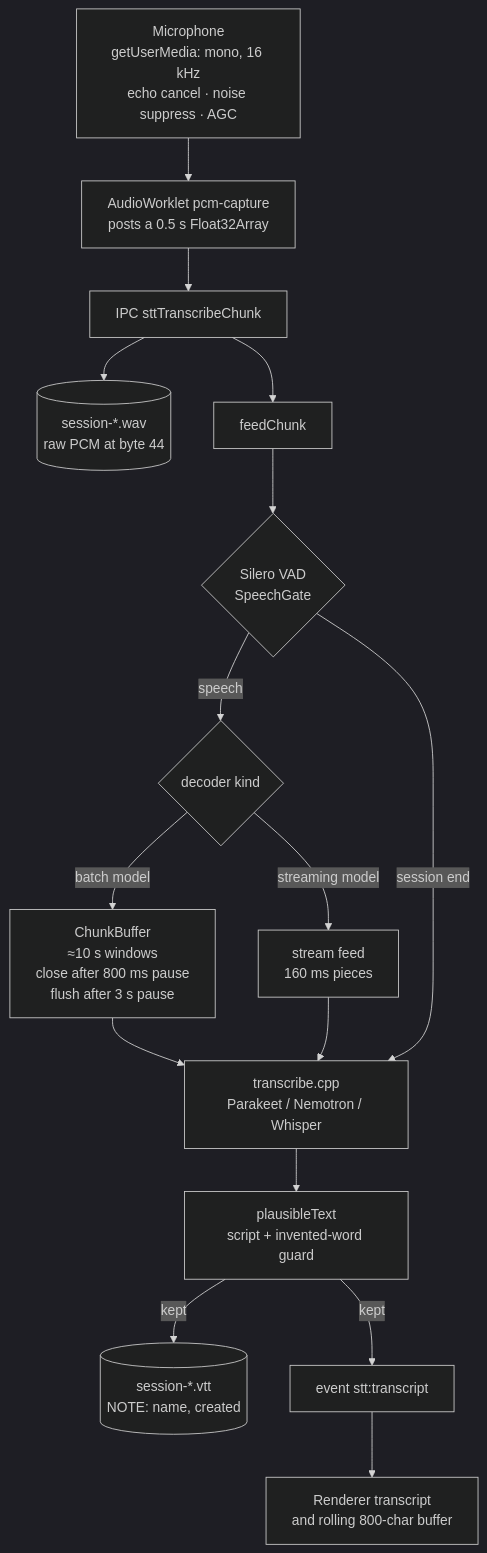
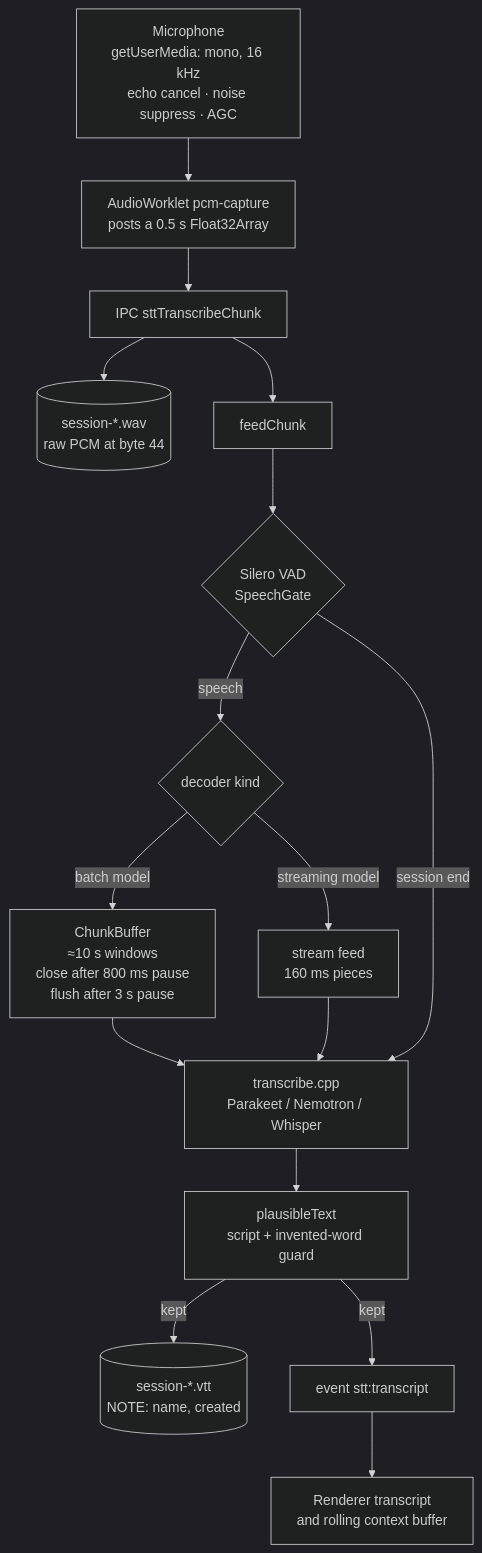
Before and after one commit to CodeAndJam/doty: the second of 7 diagrams in docs/ARCHITECTURE.md, drawn with Mermaid (dark theme). The commit also changed other lines of this file and 65 other files, not shown here.

````diff
--- a/docs/ARCHITECTURE.md
+++ b/docs/ARCHITECTURE.md
@@ -77,28 +88,28 @@
 ```mermaid
 flowchart TD
   MIC[Microphone<br/>getUserMedia: mono, 16 kHz<br/>echo cancel · noise suppress · AGC]
   WORKLET[AudioWorklet pcm-capture<br/>posts a 0.5 s Float32Array]
   IPC1[IPC sttTranscribeChunk]
   WAV[(session-*.wav<br/>raw PCM at byte 44)]
   FEED[feedChunk]
   GATE{Silero VAD<br/>SpeechGate}
   BATCH{decoder kind}
   CHUNK[ChunkBuffer<br/>≈10 s windows<br/>close after 800 ms pause<br/>flush after 3 s pause]
   LIVE[stream feed<br/>160 ms pieces]
   DECODE[transcribe.cpp<br/>Parakeet / Nemotron / Whisper]
   FILTER[plausibleText<br/>script + invented-word guard]
   VTT[(session-*.vtt<br/>NOTE: name, created)]
   EVENT[event stt:transcript]
-  UI[Renderer transcript<br/>and rolling 800-char buffer]
+  UI[Renderer transcript<br/>and rolling context buffer]
 
   MIC --> WORKLET --> IPC1
   IPC1 --> WAV
   IPC1 --> FEED --> GATE
   GATE -->|speech| BATCH
   BATCH -->|batch model| CHUNK --> DECODE
   BATCH -->|streaming model| LIVE --> DECODE
   GATE -->|session end| DECODE
   DECODE --> FILTER
   FILTER -->|kept| VTT
   FILTER -->|kept| EVENT --> UI
 ```
````
